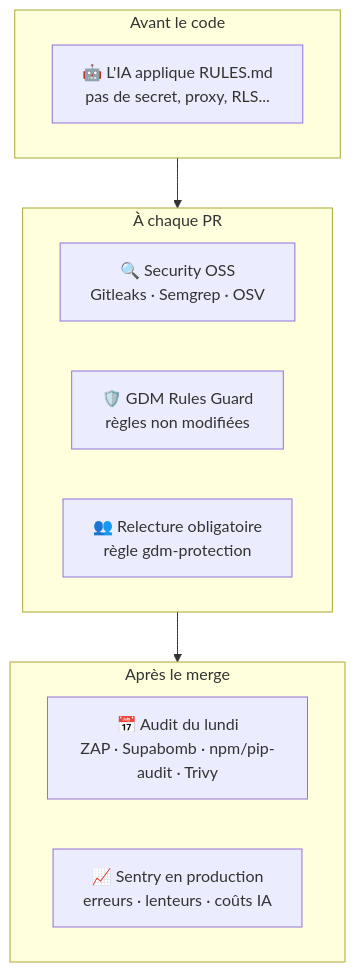
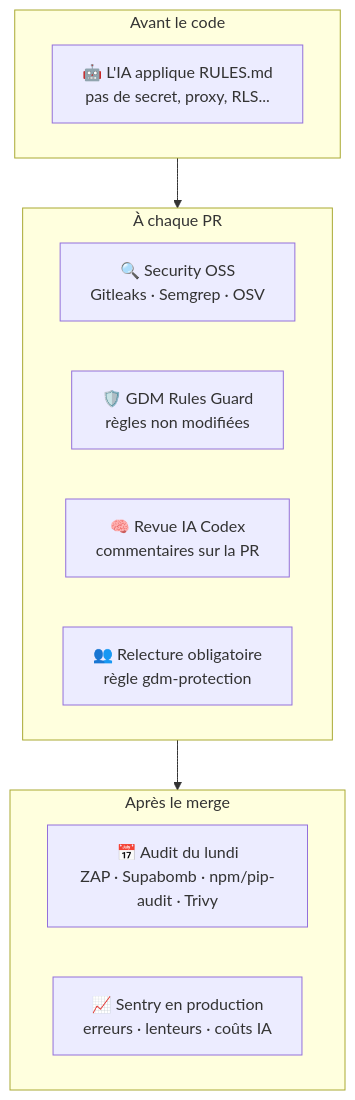
One commit to GUY-DEMARLE/gdm-dev-rules changed the seventh of 7 diagrams in README.md. Above: the diagram before and after it, drawn with Mermaid. The commit also changed other lines of this file and 2 other files, not shown here.

First line of the commit message:
feat(review): regles de revue de code pour Codex et Claude

````diff
--- a/README.md
+++ b/README.md
@@ -325,16 +326,17 @@
 ```mermaid
 flowchart TB
     subgraph avant["Avant le code"]
         p1["🤖 L'IA applique RULES.md<br/>pas de secret, proxy, RLS..."]
     end
     subgraph pr["À chaque PR"]
         p2["🔍 Security OSS<br/>Gitleaks · Semgrep · OSV"]
         p3["🛡️ GDM Rules Guard<br/>règles non modifiées"]
+        p3b["🧠 Revue IA Codex<br/>commentaires sur la PR"]
         p4["👥 Relecture obligatoire<br/>règle gdm-protection"]
     end
     subgraph apres["Après le merge"]
         p5["📅 Audit du lundi<br/>ZAP · Supabomb · npm/pip-audit · Trivy"]
         p6["📈 Sentry en production<br/>erreurs · lenteurs · coûts IA"]
     end
     avant --> pr --> apres
 ```
````
